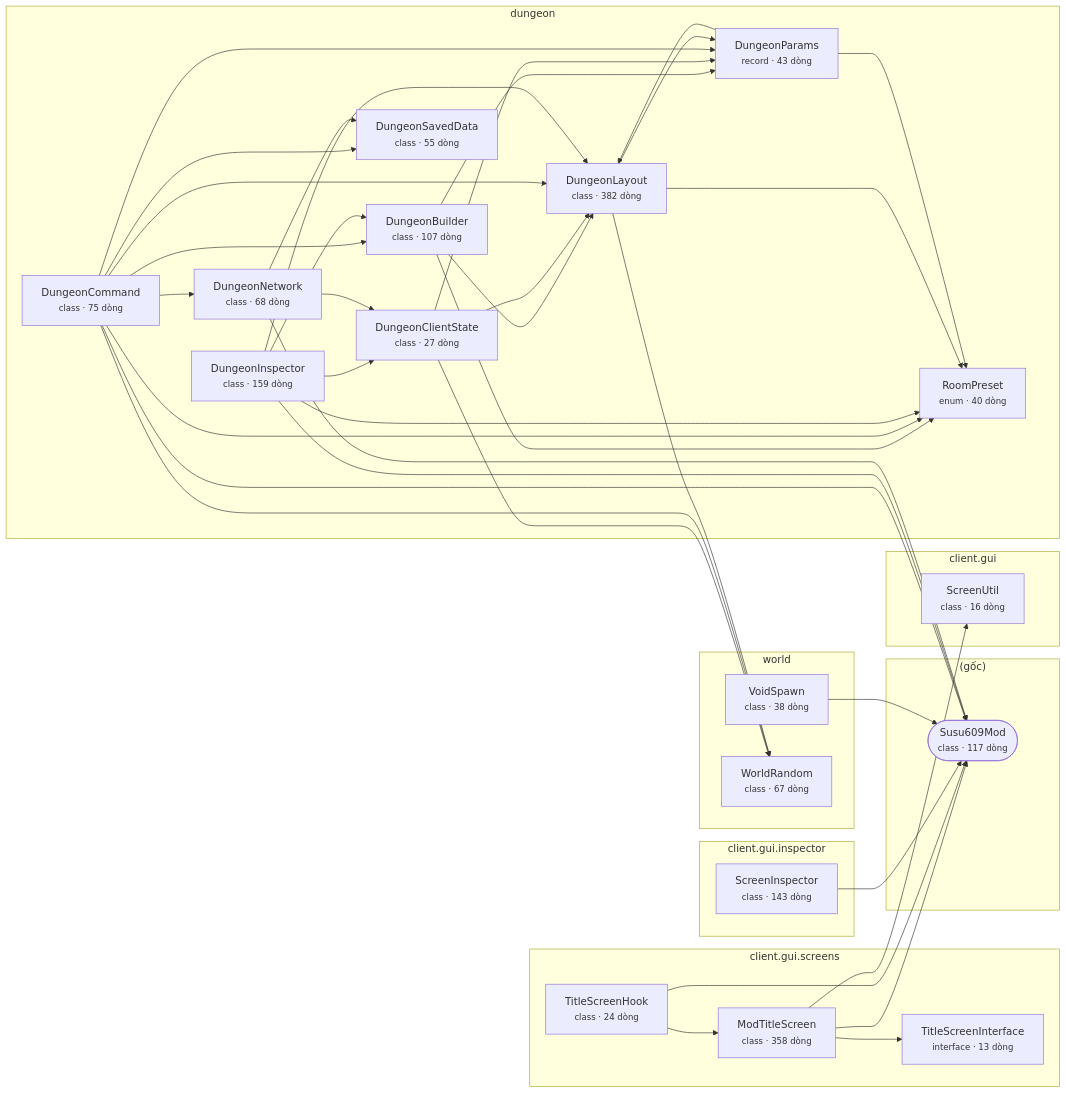
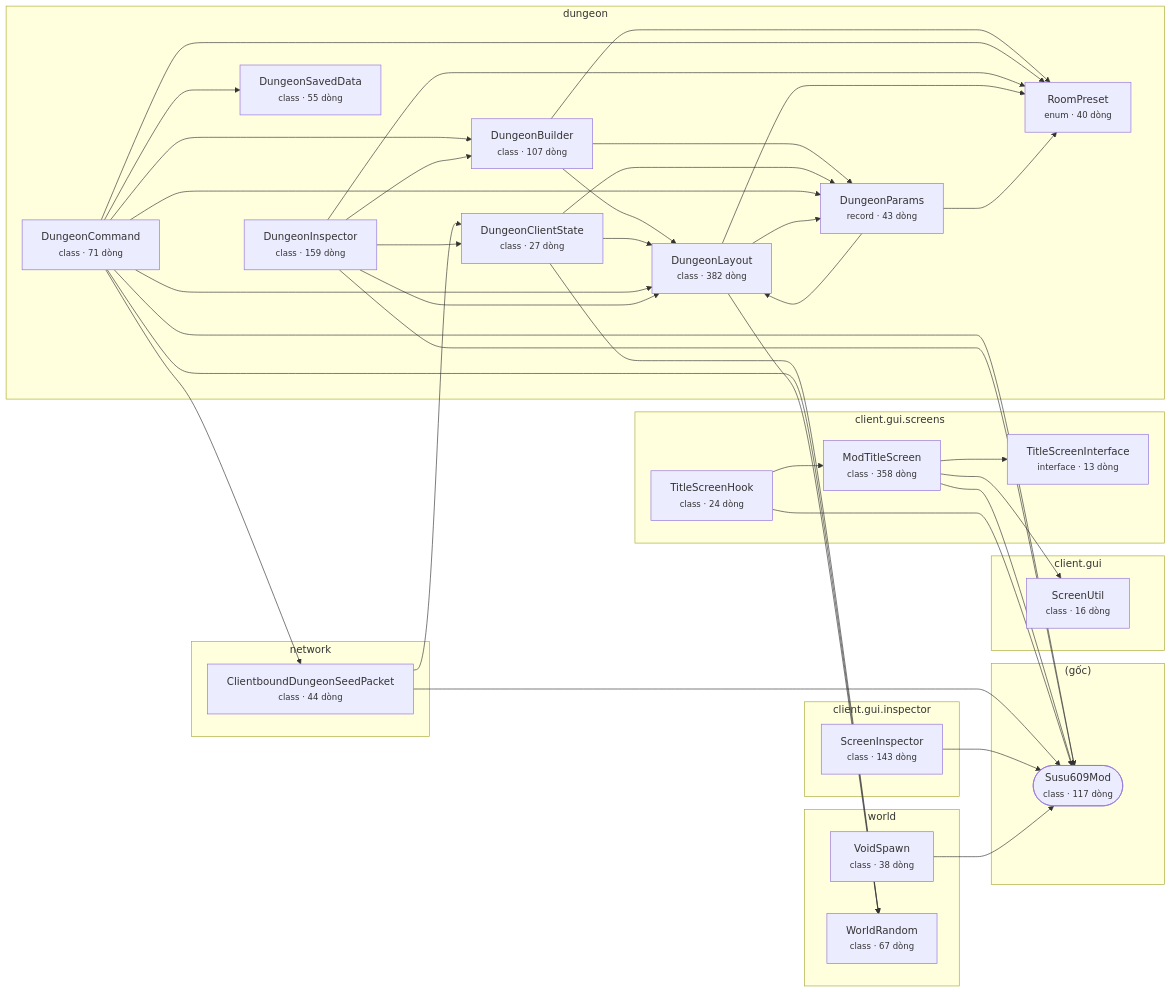
The diagram in docs/ARCHITECTURE.md (susu609/The8Dungeon), drawn with Mermaid before and after one commit. The commit also changed other lines of this file, not shown here.

Commit message:
docs: cập nhật sơ đồ kiến trúc tự động

````diff
--- a/docs/ARCHITECTURE.md
+++ b/docs/ARCHITECTURE.md
@@ -10,66 +10,67 @@
 ```mermaid
 flowchart LR
   subgraph pkg__g_c_["(gốc)"]
     Susu609Mod(["Susu609Mod<br/><small>class · 117 dòng</small>"])
   end
   subgraph pkg_client_gui["client.gui"]
     ScreenUtil["ScreenUtil<br/><small>class · 16 dòng</small>"]
   end
   subgraph pkg_client_gui_inspector["client.gui.inspector"]
     ScreenInspector["ScreenInspector<br/><small>class · 143 dòng</small>"]
   end
   subgraph pkg_client_gui_screens["client.gui.screens"]
     ModTitleScreen["ModTitleScreen<br/><small>class · 358 dòng</small>"]
     TitleScreenHook["TitleScreenHook<br/><small>class · 24 dòng</small>"]
     TitleScreenInterface["TitleScreenInterface<br/><small>interface · 13 dòng</small>"]
   end
   subgraph pkg_dungeon["dungeon"]
     DungeonBuilder["DungeonBuilder<br/><small>class · 107 dòng</small>"]
     DungeonClientState["DungeonClientState<br/><small>class · 27 dòng</small>"]
-    DungeonCommand["DungeonCommand<br/><small>class · 75 dòng</small>"]
+    DungeonCommand["DungeonCommand<br/><small>class · 71 dòng</small>"]
     DungeonInspector["DungeonInspector<br/><small>class · 159 dòng</small>"]
     DungeonLayout["DungeonLayout<br/><small>class · 382 dòng</small>"]
-    DungeonNetwork["DungeonNetwork<br/><small>class · 68 dòng</small>"]
     DungeonParams["DungeonParams<br/><small>record · 43 dòng</small>"]
     DungeonSavedData["DungeonSavedData<br/><small>class · 55 dòng</small>"]
     RoomPreset["RoomPreset<br/><small>enum · 40 dòng</small>"]
+  end
+  subgraph pkg_network["network"]
+    ClientboundDungeonSeedPacket["ClientboundDungeonSeedPacket<br/><small>class · 44 dòng</small>"]
   end
   subgraph pkg_world["world"]
     VoidSpawn["VoidSpawn<br/><small>class · 38 dòng</small>"]
     WorldRandom["WorldRandom<br/><small>class · 67 dòng</small>"]
   end
+  ClientboundDungeonSeedPacket --> DungeonClientState
+  ClientboundDungeonSeedPacket --> Susu609Mod
   DungeonBuilder --> DungeonLayout
   DungeonBuilder --> DungeonParams
   DungeonBuilder --> RoomPreset
   DungeonClientState --> DungeonLayout
   DungeonClientState --> DungeonParams
   DungeonClientState --> WorldRandom
+  DungeonCommand --> ClientboundDungeonSeedPacket
   DungeonCommand --> DungeonBuilder
   DungeonCommand --> DungeonLayout
-  DungeonCommand --> DungeonNetwork
   DungeonCommand --> DungeonParams
   DungeonCommand --> DungeonSavedData
   DungeonCommand --> RoomPreset
   DungeonCommand --> Susu609Mod
   DungeonCommand --> WorldRandom
   DungeonInspector --> DungeonBuilder
   DungeonInspector --> DungeonClientState
   DungeonInspector --> DungeonLayout
   DungeonInspector --> RoomPreset
   DungeonInspector --> Susu609Mod
   DungeonLayout --> DungeonParams
   DungeonLayout --> RoomPreset
   DungeonLayout --> WorldRandom
-  DungeonNetwork --> DungeonClientState
-  DungeonNetwork --> DungeonSavedData
-  DungeonNetwork --> Susu609Mod
   DungeonParams --> DungeonLayout
   DungeonParams --> RoomPreset
   ModTitleScreen --> ScreenUtil
   ModTitleScreen --> Susu609Mod
   ModTitleScreen --> TitleScreenInterface
   ScreenInspector --> Susu609Mod
   TitleScreenHook --> ModTitleScreen
   TitleScreenHook --> Susu609Mod
   VoidSpawn --> Susu609Mod
 ```
````
